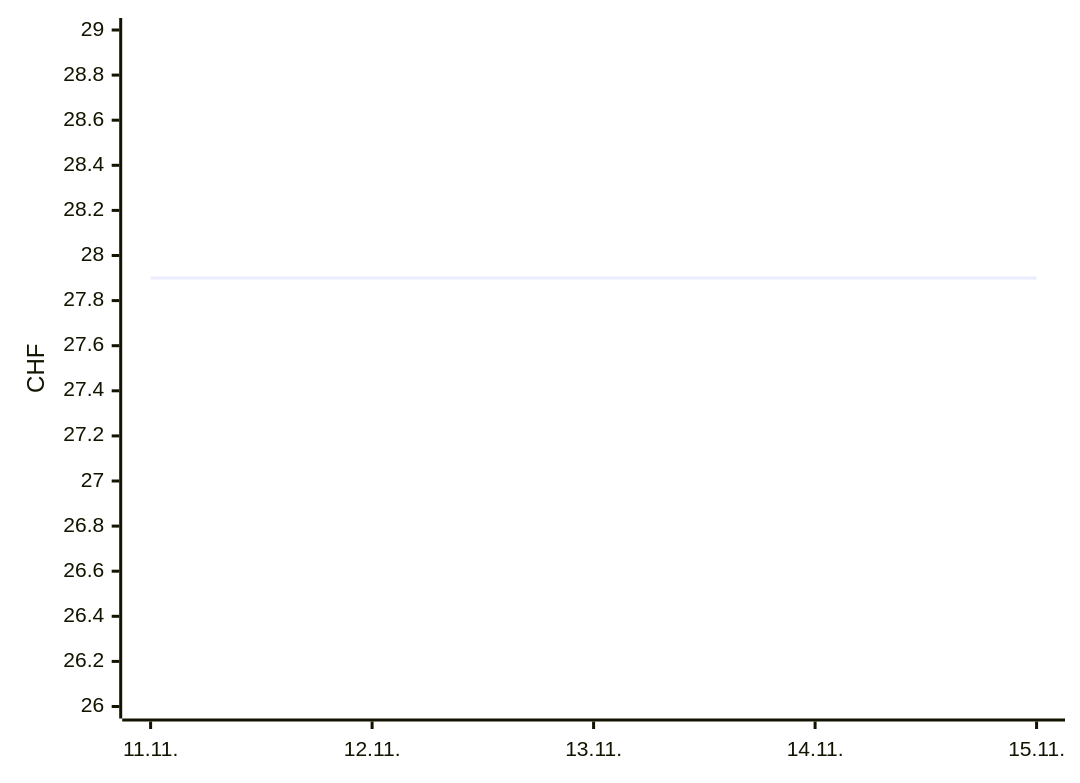
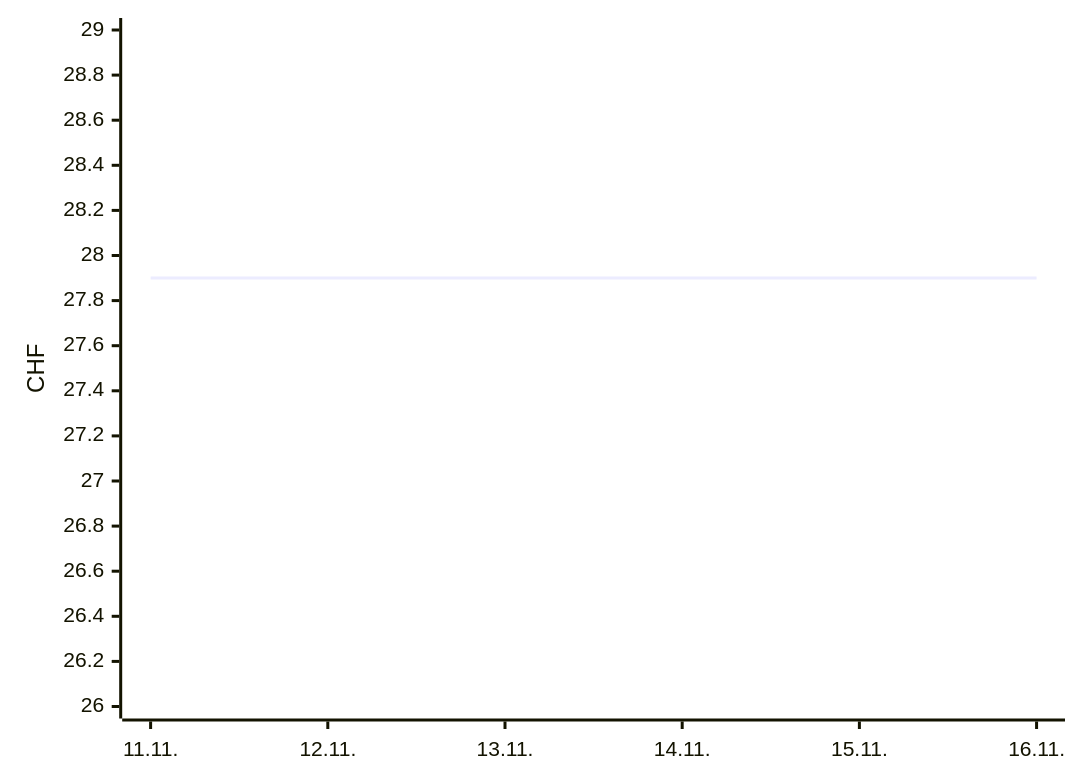
One commit to Akira2828/my-Galaxus-MCP changed the first of 2 diagrams in README.md. Above: the diagram before and after it, drawn with Mermaid. The commit also changed other lines of this file and 1 other file, not shown here.

````diff
--- a/README.md
+++ b/README.md
@@ -16,6 +16,6 @@
 ```mermaid
 xychart-beta
-  x-axis ["11.11.", "12.11.", "13.11.", "14.11.", "15.11."]
+  x-axis ["11.11.", "12.11.", "13.11.", "14.11.", "15.11.", "16.11."]
   y-axis "CHF" 26 --> 29
-  line [27.9, 27.9, 27.9, 27.9, 27.9]
+  line [27.9, 27.9, 27.9, 27.9, 27.9, 27.9]
 ```
````
